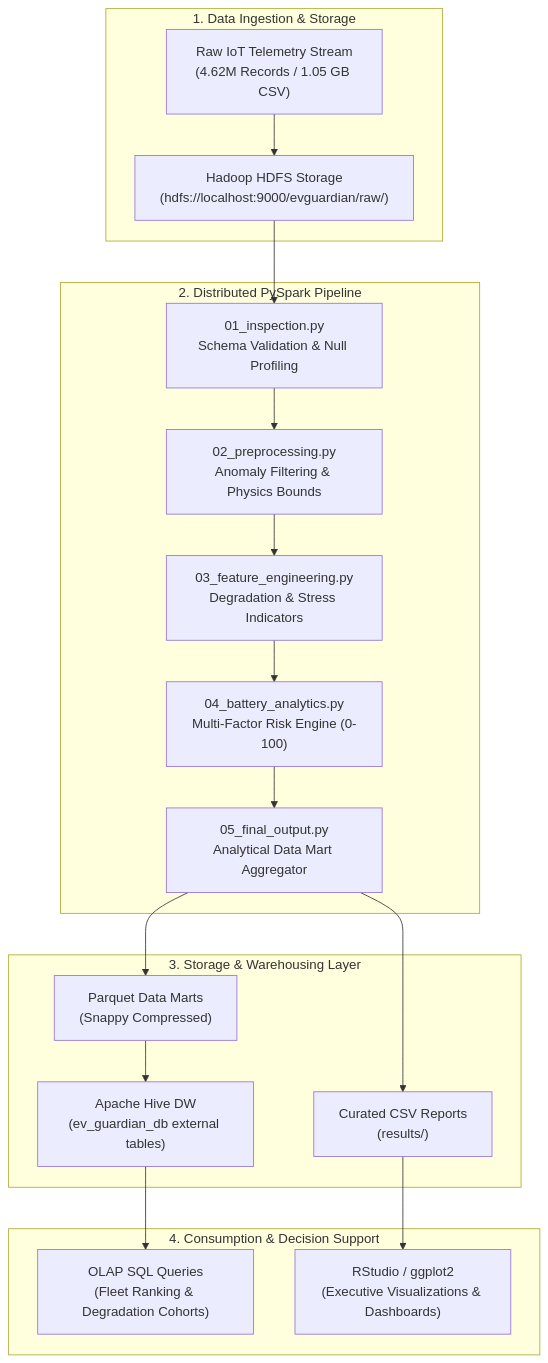
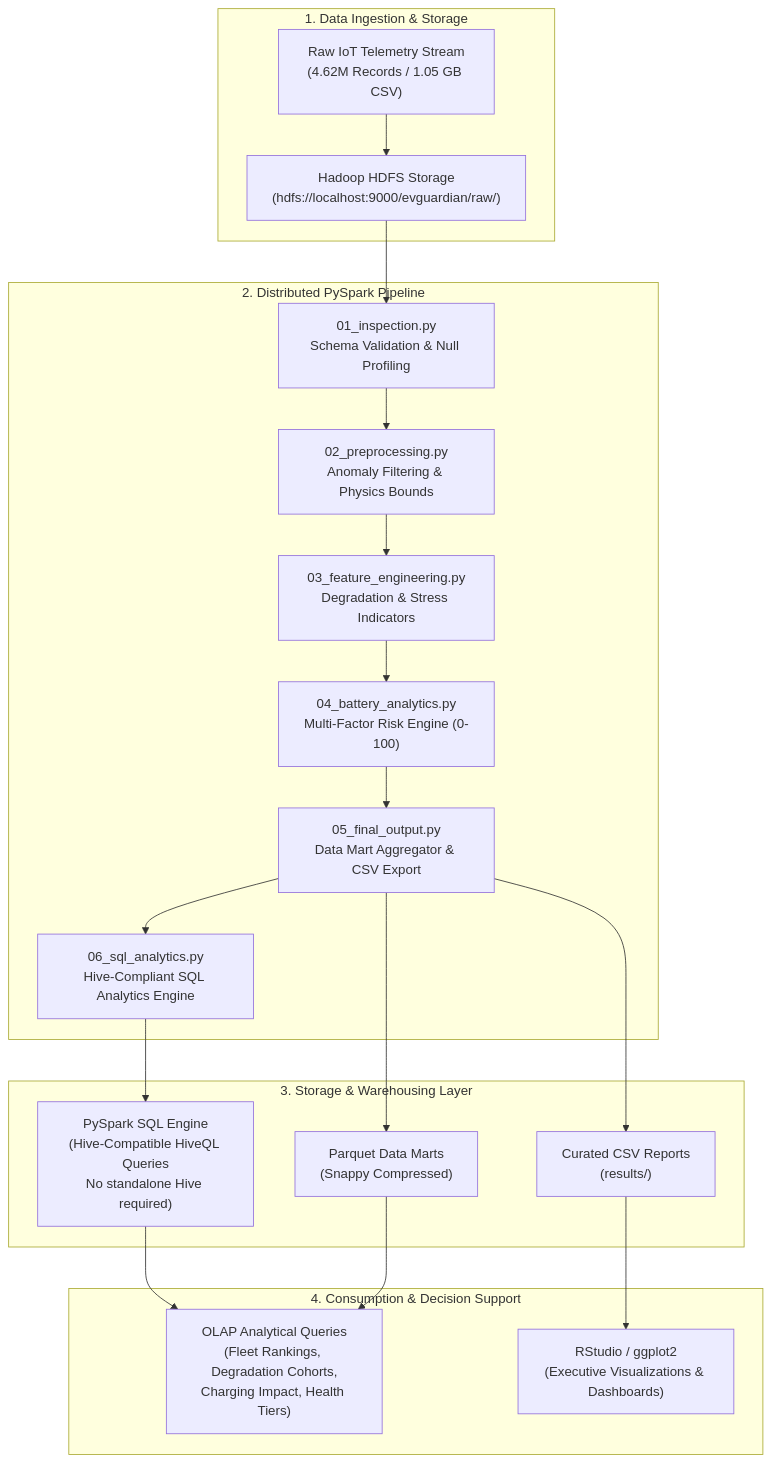
One commit to Navdeepbalgoni/EV-battery-health-prediction changed the diagram in README.md. Above: the diagram before and after it, drawn with Mermaid. The commit also changed other lines of this file and 1 other file, not shown here.

Commit message:
feat: Add 06_sql_analytics.py (Hive-compliant SQL via PySpark SQL engine) and update README architecture diagram + tech stack

````diff
--- a/README.md
+++ b/README.md
@@ -22,25 +22,27 @@
 ```mermaid
 flowchart TD
     subgraph Ingestion ["1. Data Ingestion & Storage"]
         RAW["Raw IoT Telemetry Stream<br/>(4.62M Records / 1.05 GB CSV)"] --> HDFS["Hadoop HDFS Storage<br/>(hdfs://localhost:9000/evguardian/raw/)"]
     end
 
     subgraph Processing ["2. Distributed PySpark Pipeline"]
         HDFS --> S1["01_inspection.py<br/>Schema Validation & Null Profiling"]
         S1 --> S2["02_preprocessing.py<br/>Anomaly Filtering & Physics Bounds"]
         S2 --> S3["03_feature_engineering.py<br/>Degradation & Stress Indicators"]
         S3 --> S4["04_battery_analytics.py<br/>Multi-Factor Risk Engine (0-100)"]
-        S4 --> S5["05_final_output.py<br/>Analytical Data Mart Aggregator"]
+        S4 --> S5["05_final_output.py<br/>Data Mart Aggregator & CSV Export"]
+        S5 --> S6["06_sql_analytics.py<br/>Hive-Compliant SQL Analytics Engine"]
     end
 
     subgraph DataMarts ["3. Storage & Warehousing Layer"]
         S5 --> PARQUET["Parquet Data Marts<br/>(Snappy Compressed)"]
         S5 --> CSV["Curated CSV Reports<br/>(results/)"]
-        PARQUET --> HIVE["Apache Hive DW<br/>(ev_guardian_db external tables)"]
+        S6 --> HIVESQL["PySpark SQL Engine<br/>(Hive-Compatible HiveQL Queries<br/>No standalone Hive required)"]
     end
 
     subgraph Serving ["4. Consumption & Decision Support"]
-        HIVE --> SQL["OLAP SQL Queries<br/>(Fleet Ranking & Degradation Cohorts)"]
+        HIVESQL --> SQL["OLAP Analytical Queries<br/>(Fleet Rankings, Degradation Cohorts,<br/>Charging Impact, Health Tiers)"]
         CSV --> R["RStudio / ggplot2<br/>(Executive Visualizations & Dashboards)"]
+        PARQUET --> SQL
     end
 ```
````
